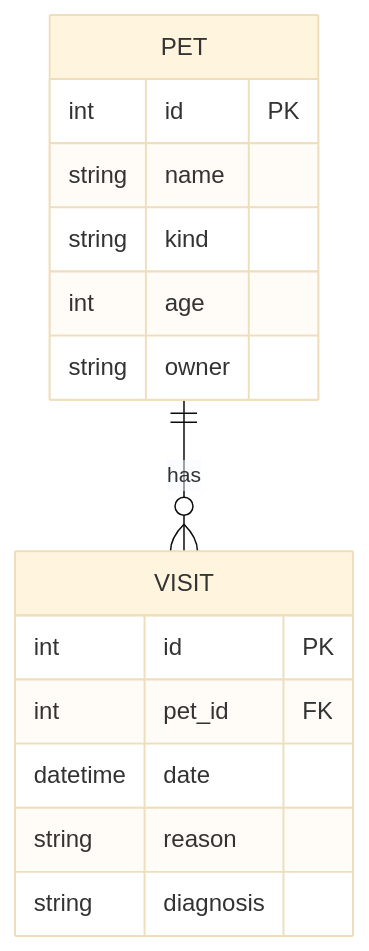
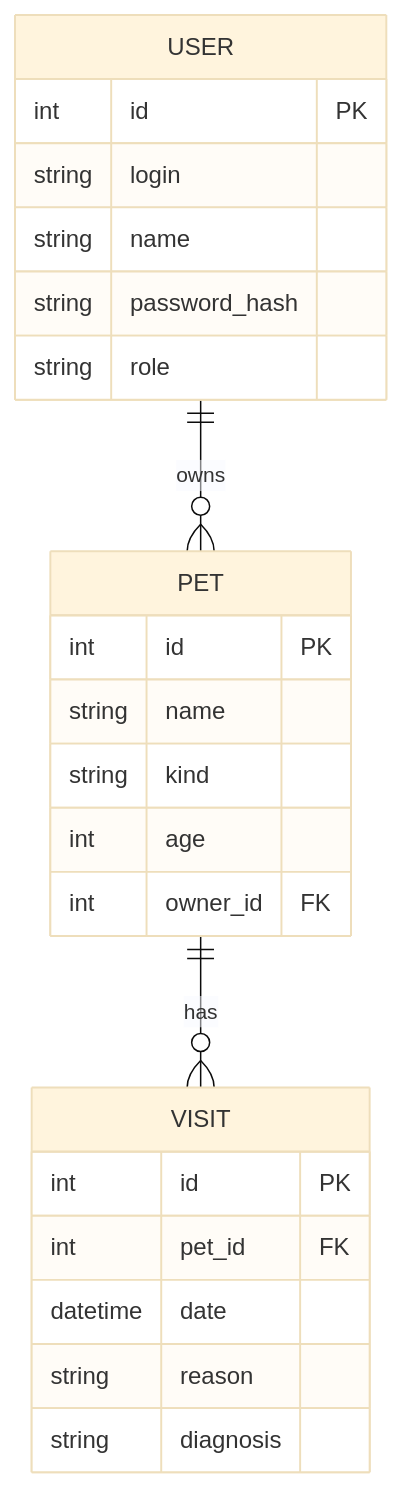
One commit to Moigh/backend-isaeva-vet changed the diagram in README.md. Above: the diagram before and after it, drawn with Mermaid (base theme). The commit also changed other lines of this file, not shown here.

````diff
--- a/README.md
+++ b/README.md
@@ -41,18 +46,26 @@
 ```mermaid
 erDiagram
+    USER ||--o{ PET : "owns"
     PET ||--o{ VISIT : "has"
+    USER {
+        int id PK
+        string login
+        string name
+        string password_hash
+        string role
+    }
     PET {
         int id PK
         string name
         string kind
         int age
-        string owner
+        int owner_id FK
     }
     VISIT {
         int id PK
         int pet_id FK
         datetime date
         string reason
         string diagnosis
     }
 ```
````
